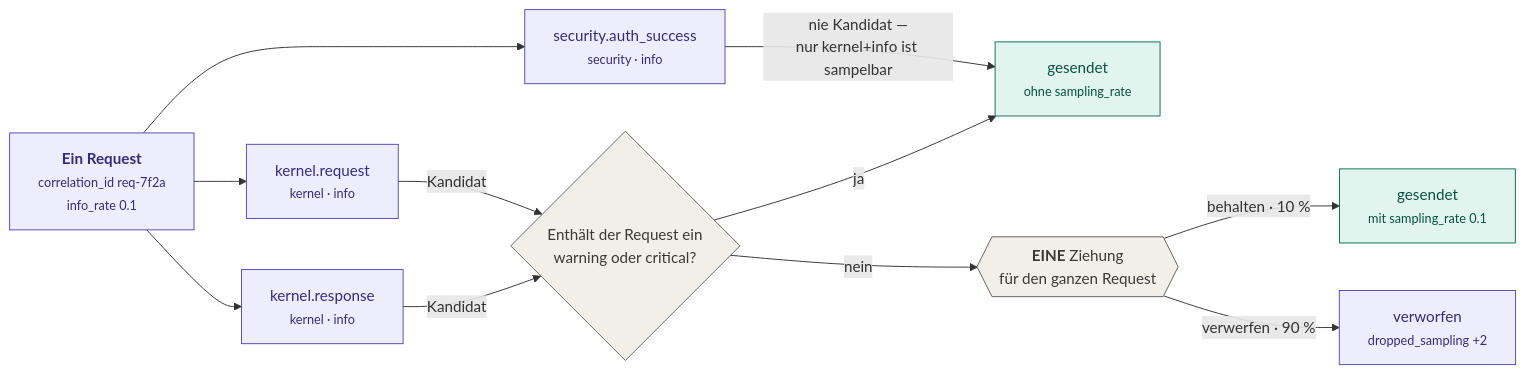
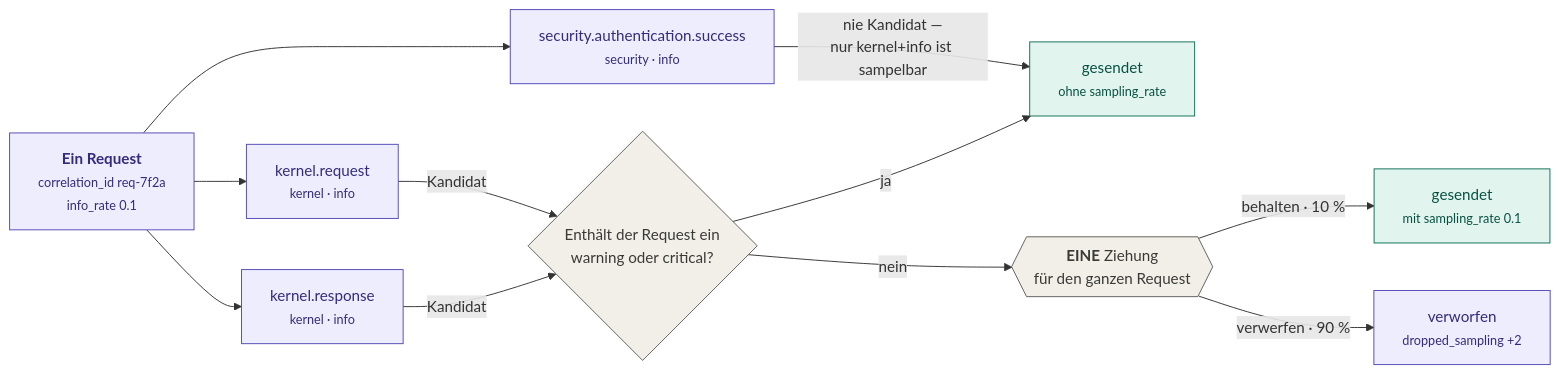
The second of 2 diagrams in doc/04-request-lebenszyklus.md (projektmotor/ids-sensor-bundle), drawn with Mermaid before and after one commit. The commit also changed other lines of this file and 51 other files, not shown here.

````diff
--- a/doc/04-request-lebenszyklus.md
+++ b/doc/04-request-lebenszyklus.md
@@ -133,31 +151,31 @@
 ```mermaid
 flowchart LR
     req["`**Ein Request**<br/><small>correlation_id req-7f2a<br/>info_rate 0.1</small>`"]
     req --> e1 & e2 & e3
 
     e1["kernel.request<br/><small>kernel · info</small>"]
     e2["kernel.response<br/><small>kernel · info</small>"]
-    e3["security.auth_success<br/><small>security · info</small>"]
+    e3["security.authentication.success<br/><small>security · info</small>"]
 
     e1 & e2 -->|"Kandidat"| gate
     e3 -->|"nie Kandidat —<br/>nur kernel+info ist sampelbar"| immer
 
     gate{"Enthält der Request ein<br/>warning oder critical?"}
     gate -->|"ja"| immer
     gate -->|"nein"| zieh{{"`**EINE** Ziehung<br/>für den ganzen Request`"}}
 
     zieh -->|"behalten · 10 %"| markiert
     zieh -->|"verwerfen · 90 %"| weg
 
     immer["`gesendet<br/><small>ohne sampling_rate</small>`"]
     markiert["`gesendet<br/><small>mit sampling_rate 0.1</small>`"]
     weg["`verworfen<br/><small>dropped_sampling +2</small>`"]
 
     classDef capture fill:#E1F5EE,stroke:#0F6E56,color:#085041
     classDef transport fill:#F1EFE8,stroke:#5F5E5A,color:#3A3936
     classDef data fill:#EEEDFE,stroke:#534AB7,color:#332C7A
     class req,e1,e2,e3 data
     class gate,zieh transport
     class immer,markiert capture
     class weg data
 ```
````
